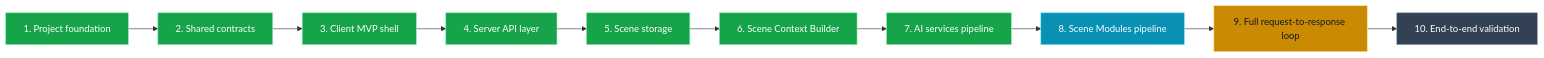
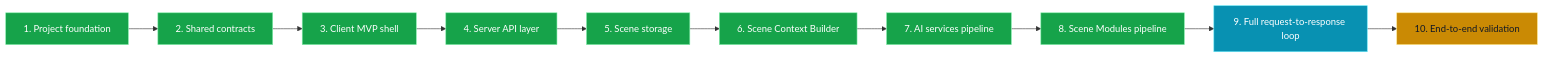
Before and after one commit to AgentDan/AIproject: the second of 2 diagrams in readme.md, drawn with Mermaid. The commit also changed other lines of this file and 1 other file, not shown here.

````diff
--- a/readme.md
+++ b/readme.md
@@ -491,28 +509,28 @@
 ```mermaid
 flowchart LR
   S1["1. Project foundation"] --> S2["2. Shared contracts"]
   S2 --> S3["3. Client MVP shell"]
   S3 --> S4["4. Server API layer"]
   S4 --> S5["5. Scene storage"]
   S5 --> S6["6. Scene Context Builder"]
   S6 --> S7["7. AI services pipeline"]
   S7 --> S8["8. Scene Modules pipeline"]
   S8 --> S9["9. Full request-to-response loop"]
   S9 --> S10["10. End-to-end validation"]
 
   S1:::done
   S2:::done
   S3:::done
   S4:::done
   S5:::done
   S6:::done
   S7:::done
-  S8:::current
-  S9:::next
-  S10:::pending
+  S8:::done
+  S9:::current
+  S10:::next
 
   classDef done fill:#16a34a,stroke:#86efac,color:#ffffff
   classDef current fill:#0891b2,stroke:#67e8f9,color:#ffffff
   classDef next fill:#ca8a04,stroke:#fde68a,color:#111827
   classDef pending fill:#334155,stroke:#94a3b8,color:#ffffff
 ```
````
